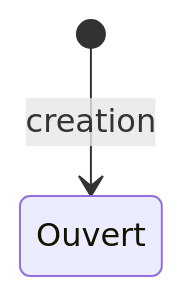
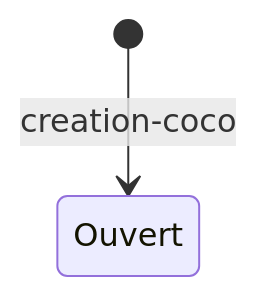
The diagram in test.md (ydgl/lapin), drawn with Mermaid before and after one commit.

````diff
--- a/test.md
+++ b/test.md
@@ -5,8 +5,8 @@
 ``` mermaid
 stateDiagram-v2
-  [*] --> Ouvert : creation
+  [*] --> Ouvert : creation-coco
   state Ouvert
   
 
 
 ```
````
